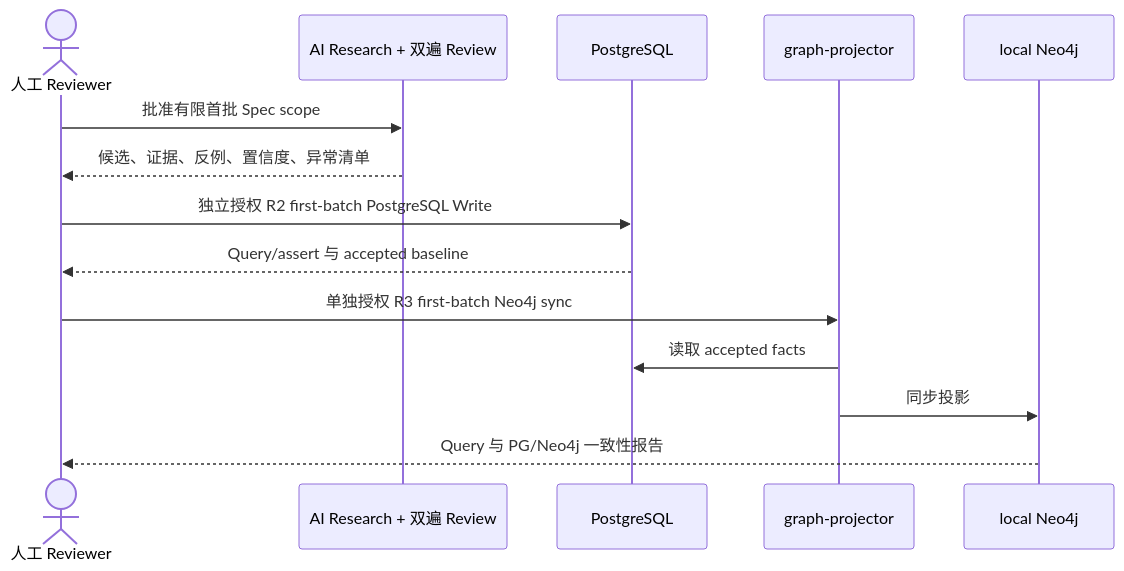
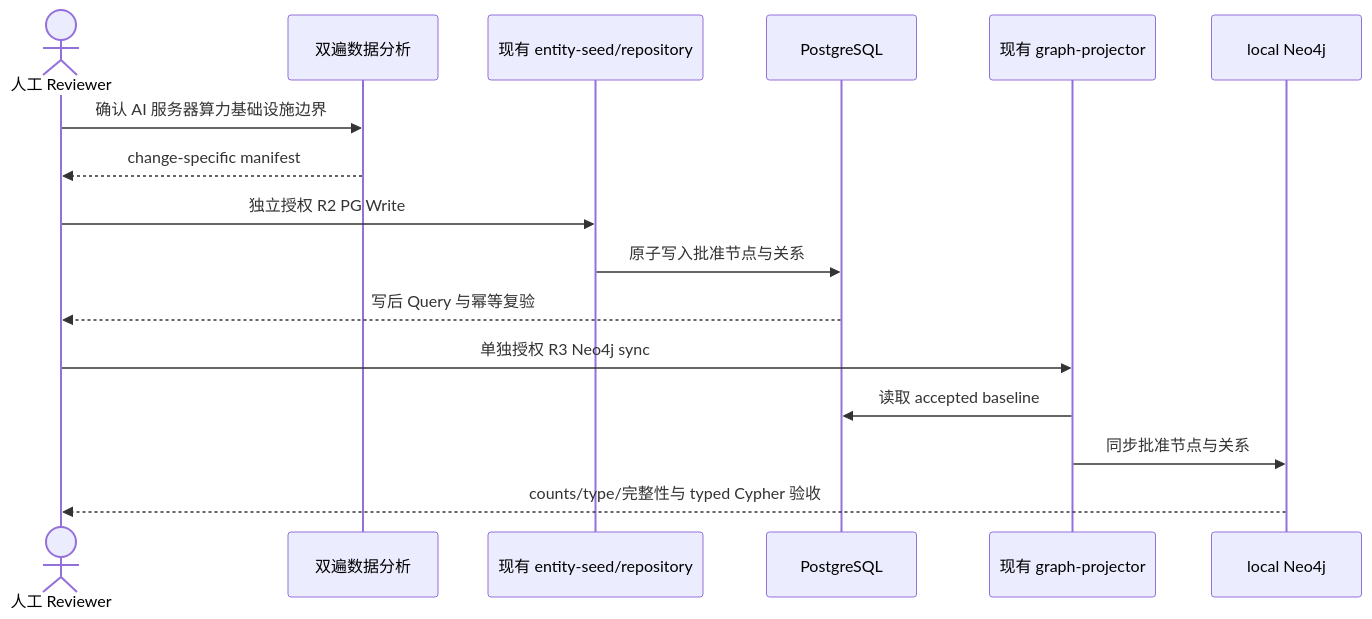
One commit to meierlink88/tidewise-ai changed the diagram in openspec/changes/rebuild-foundation-graph-and-enrich-chain-data/design.md. Above: the diagram before and after it, drawn with Mermaid. The commit also changed other lines of this file and 6 other files, not shown here.

Commit message:
spec: remediate rebuild foundation graph proposal

````diff
--- a/openspec/changes/rebuild-foundation-graph-and-enrich-chain-data/design.md
+++ b/openspec/changes/rebuild-foundation-graph-and-enrich-chain-data/design.md
@@ -99,17 +82,19 @@
 ```mermaid
 sequenceDiagram
     actor Reviewer as 人工 Reviewer
-    participant Research as AI Research + 双遍 Review
+    participant Analysis as 双遍数据分析
+    participant ExistingSeed as 现有 entity-seed/repository
     participant PG as PostgreSQL
-    participant Projector as graph-projector
+    participant Projector as 现有 graph-projector
     participant Neo4j as local Neo4j
 
-    Reviewer->>Research: 批准有限首批 Spec scope
-    Research-->>Reviewer: 候选、证据、反例、置信度、异常清单
-    Reviewer->>PG: 独立授权 R2 first-batch PostgreSQL Write
-    PG-->>Reviewer: Query/assert 与 accepted baseline
-    Reviewer->>Projector: 单独授权 R3 first-batch Neo4j sync
-    Projector->>PG: 读取 accepted facts
-    Projector->>Neo4j: 同步投影
-    Neo4j-->>Reviewer: Query 与 PG/Neo4j 一致性报告
+    Reviewer->>Analysis: 确认 AI 服务器算力基础设施边界
+    Analysis-->>Reviewer: change-specific manifest
+    Reviewer->>ExistingSeed: 独立授权 R2 PG Write
+    ExistingSeed->>PG: 原子写入批准节点与关系
+    PG-->>Reviewer: 写后 Query 与幂等复验
+    Reviewer->>Projector: 单独授权 R3 Neo4j sync
+    Projector->>PG: 读取 accepted baseline
+    Projector->>Neo4j: 同步批准节点与关系
+    Neo4j-->>Reviewer: counts/type/完整性与 typed Cypher 验收
 ```
````
